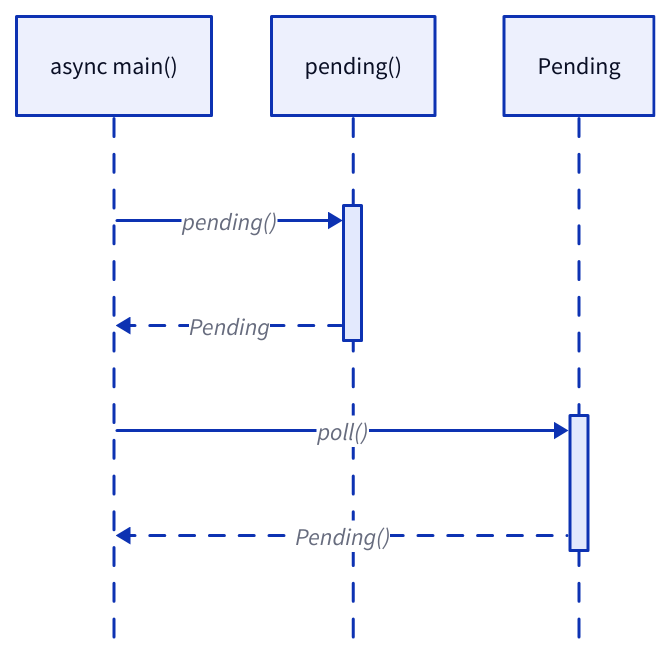
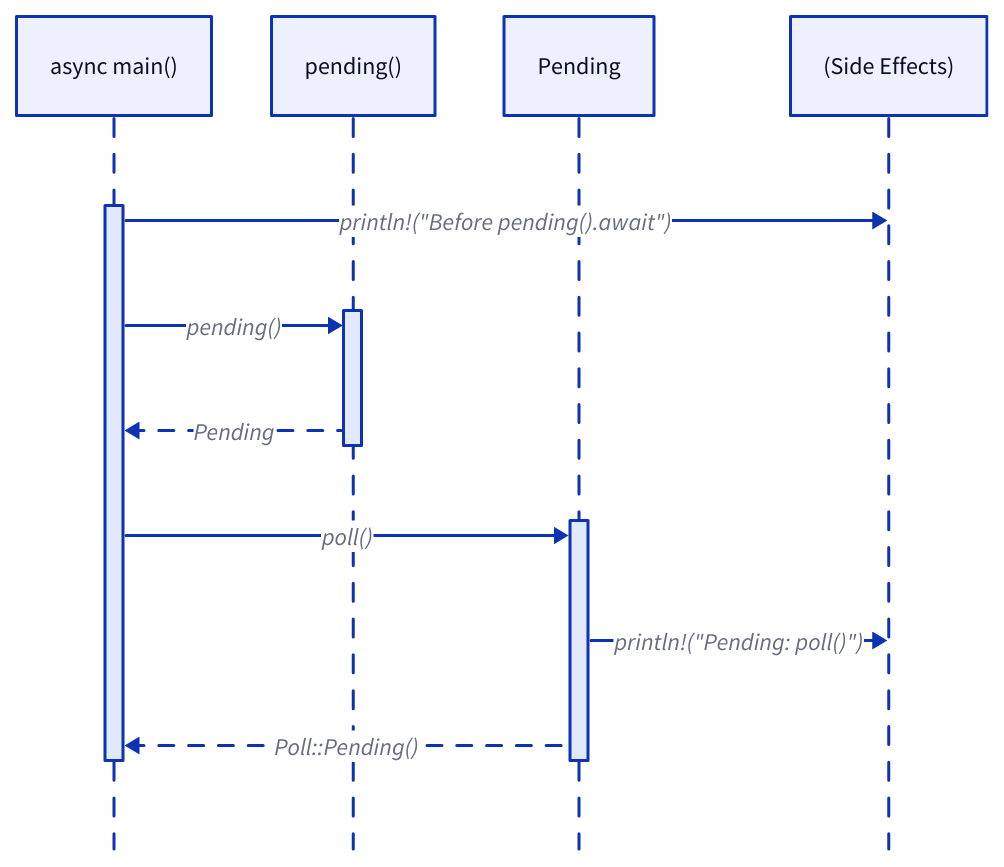
Before and after one commit to hds/hegdenu.net: the diagram in resources/understanding-async-await/diagrams/pending-sequence_diagram-v1.d2, drawn with D2. The commit also changed 11 other files, not shown here.

```diff
--- a/resources/understanding-async-await/diagrams/pending-sequence_diagram-v1.d2
+++ b/resources/understanding-async-await/diagrams/pending-sequence_diagram-v1.d2
@@ -1,15 +1,19 @@
 shape: sequence_diagram
 
 main: async main()
 fn_pending: pending()
 pending: Pending
+sa: (Side Effects)
 
-main -> fn_pending.fn: pending()
-main <- fn_pending.fn: Pending {
+main.task -> sa: println!("Before pending().await")
+
+main.task -> fn_pending.fn: pending()
+main.task <- fn_pending.fn: Pending {
   style.stroke-dash: 5
 }
 
-main -> pending.future: poll()
-main <- pending.future: Pending() {
+main.task -> pending.future: poll()
+pending.future -> sa: println!("Pending: poll()")
+main.task <- pending.future: Poll::Pending() {
   style.stroke-dash: 5
 }
```
